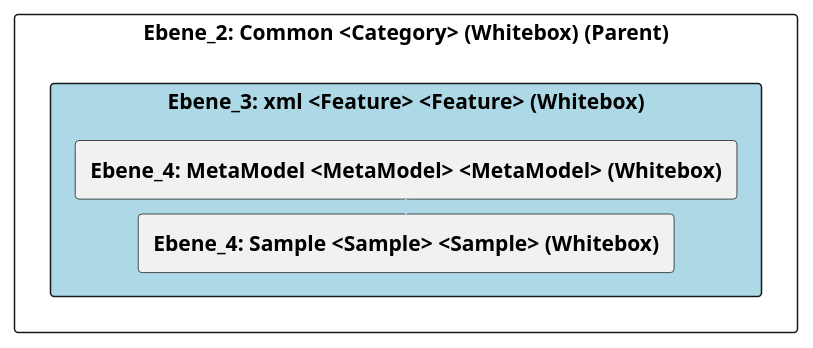
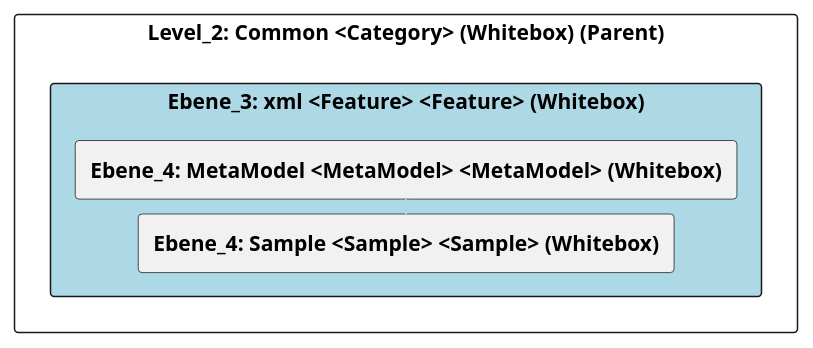
One commit to marcozwyssig/cleon changed the diagram in doc/cleonproject_deliverables_architecture_model_architecture/adoc/de/05_bausteinsicht/cleon/common/xml/ebene_3_xml.adoc. Above: the diagram before and after it, drawn with PlantUML. The commit also changed other lines of this file and 169 other files, not shown here.

```diff
--- a/doc/cleonproject_deliverables_architecture_model_architecture/adoc/de/05_bausteinsicht/cleon/common/xml/ebene_3_xml.adoc
+++ b/doc/cleonproject_deliverables_architecture_model_architecture/adoc/de/05_bausteinsicht/cleon/common/xml/ebene_3_xml.adoc
@@ -20,28 +20,28 @@
 [plantuml, Ebene_3: xml <Feature> <Feature> (Whitebox)BlockOverview, format="svg"]
 ----
 @startuml Ebene_3: xml <Feature> <Feature> (Whitebox)BuildingBlockOverview
 
 skinparam ranksep 10
 skinparam componentStyle rectangle
 skinparam shadowing false
 skinparam arrowColor lightblue
 skinparam arrowThickness 1.2
 skinparam rectangle {
   BackgroundColor White
   BorderColor #333
   RoundCorner 10
 }
 top to bottom direction
 
-component "Ebene_2: Common <Category> (Whitebox) (Parent)" {
+component "Level_2: Common <Category> (Whitebox) (Parent)" {
     component "Ebene_3: xml <Feature> <Feature> (Whitebox)" #lightblue {
         [**Ebene_4: MetaModel <MetaModel> <MetaModel> (Whitebox)**] as 4A570574_D579_11EE_903E_9F564E4DE07E
         [**Ebene_4: Sample <Sample> <Sample> (Whitebox)**] as 4A56DE3A_D579_11EE_903E_9F564E4DE07E
     }
 
     4A570574_D579_11EE_903E_9F564E4DE07E -down-> 4A56DE3A_D579_11EE_903E_9F564E4DE07E
     
 }
 
 @enduml
 ----
```
